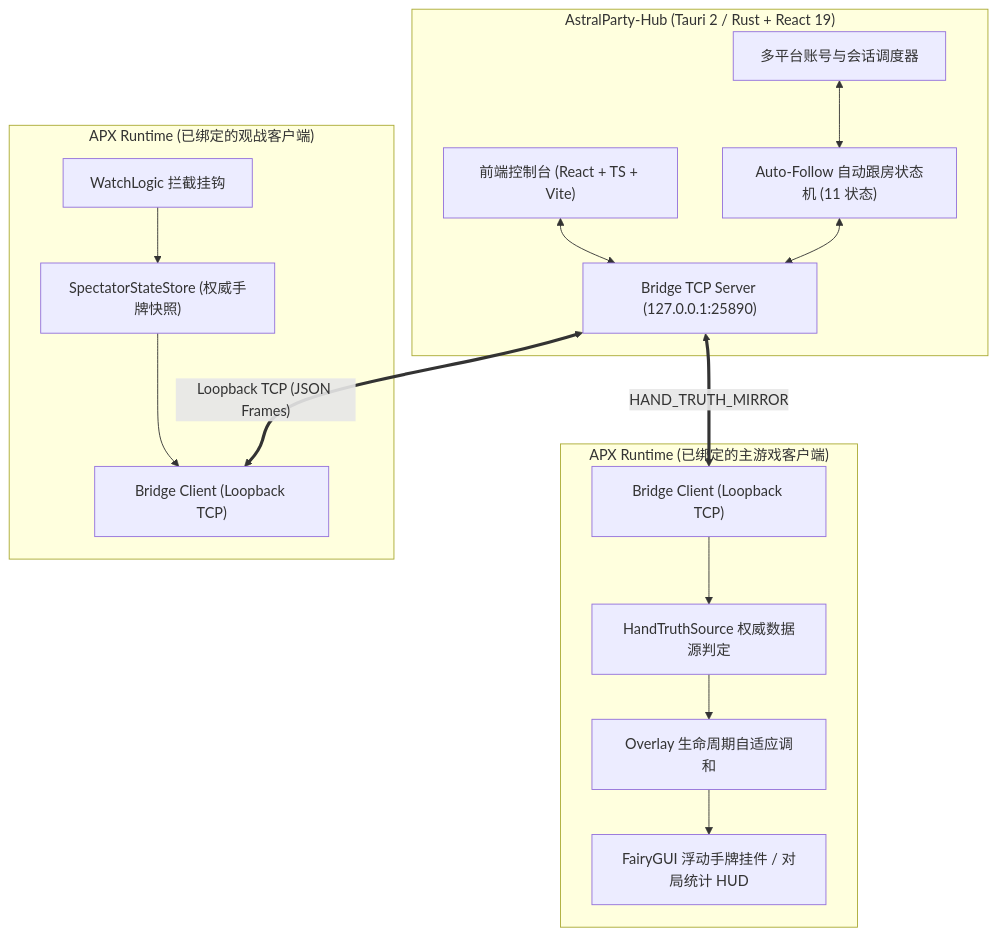
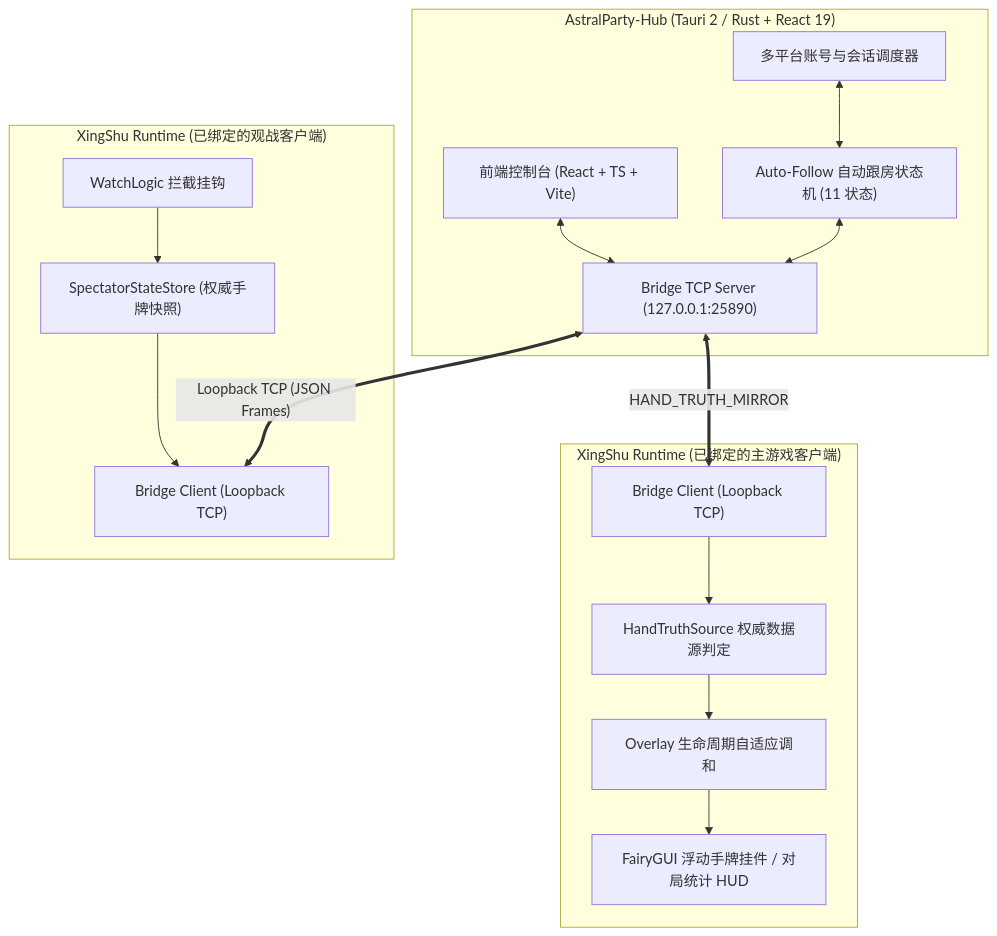
Before and after one commit to Breezecaresses/Xingshu-hub: the diagram in README_CN.md, drawn with Mermaid. The commit also changed other lines of this file and 455 other files, not shown here.

Commit message:
Add movement statistics and Android installer; unify XingShu naming

````diff
--- a/README_CN.md
+++ b/README_CN.md
@@ -69,33 +71,33 @@
 ```mermaid
 flowchart TD
     subgraph Hub["AstralParty-Hub (Tauri 2 / Rust + React 19)"]
         UI["前端控制台 (React + TS + Vite)"]
         FSM["Auto-Follow 自动跟房状态机 (11 状态)"]
         TCPServer["Bridge TCP Server (127.0.0.1:25890)"]
         AccountMgr["多平台账号与会话调度器"]
         UI <--> TCPServer
         FSM <--> TCPServer
         AccountMgr <--> FSM
     end
 
-    subgraph RuntimeSpectator["APX Runtime (已绑定的观战客户端)"]
+    subgraph RuntimeSpectator["XingShu Runtime (已绑定的观战客户端)"]
         SpecHook["WatchLogic 拦截挂钩"]
         SpecStore["SpectatorStateStore (权威手牌快照)"]
         SpecBridge["Bridge Client (Loopback TCP)"]
         SpecHook --> SpecStore
         SpecStore --> SpecBridge
     end
 
-    subgraph RuntimeMain["APX Runtime (已绑定的主游戏客户端)"]
+    subgraph RuntimeMain["XingShu Runtime (已绑定的主游戏客户端)"]
         MainBridge["Bridge Client (Loopback TCP)"]
         TruthSource["HandTruthSource 权威数据源判定"]
         Reconcile["Overlay 生命周期自适应调和"]
         FairyGUI["FairyGUI 浮动手牌挂件 / 对局统计 HUD"]
         MainBridge --> TruthSource
         TruthSource --> Reconcile
         Reconcile --> FairyGUI
     end
 
     TCPServer <== "Loopback TCP (JSON Frames)" ==> SpecBridge
     TCPServer <== "HAND_TRUTH_MIRROR" ==> MainBridge
 ```
````
